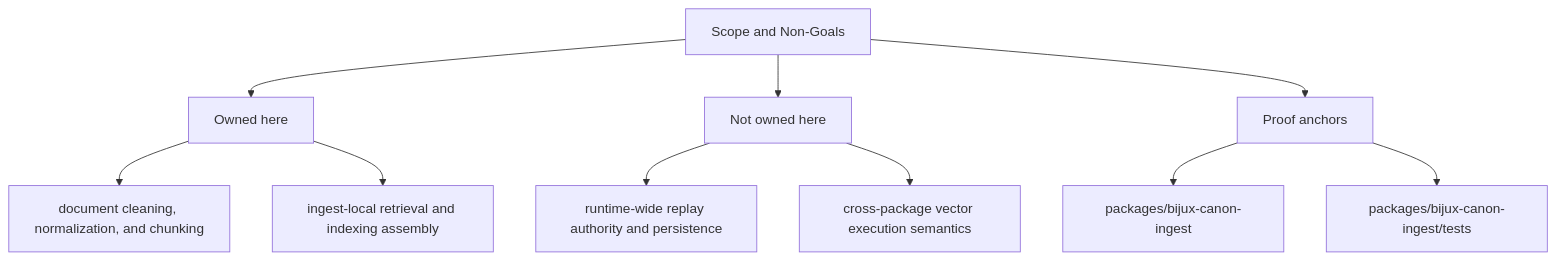
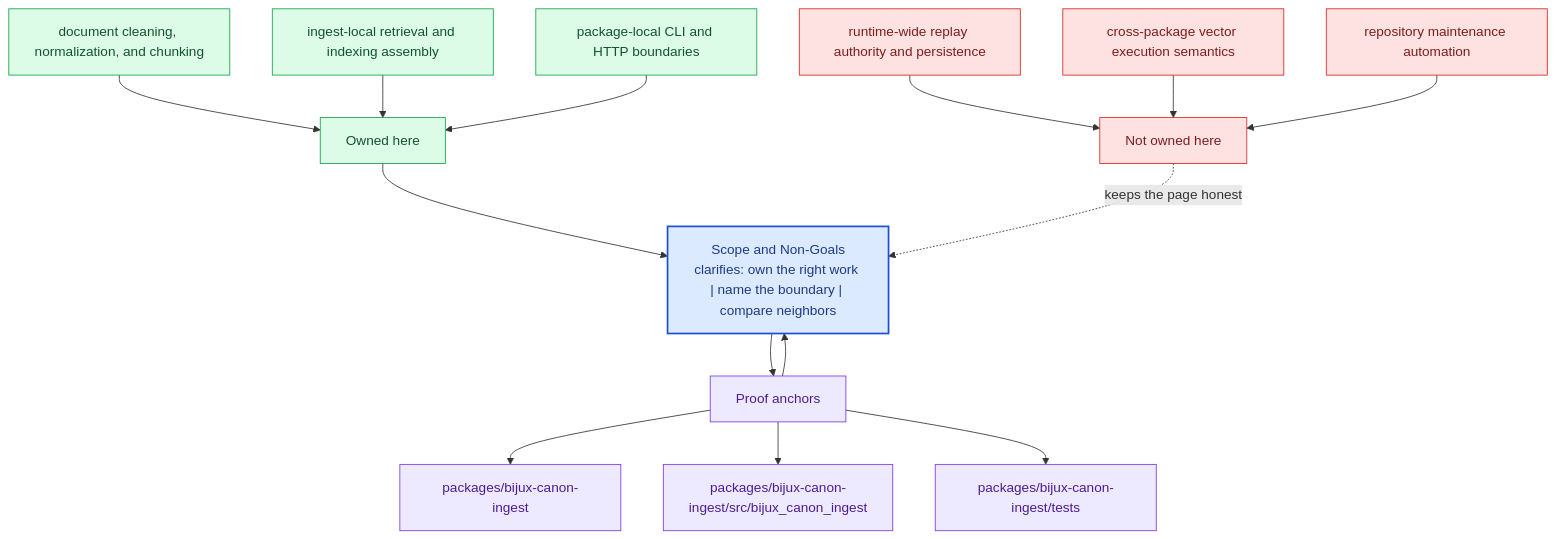
One commit to bijux/bijux-canon changed the second of 2 diagrams in docs/bijux-canon-ingest/foundation/scope-and-non-goals.md. Above: the diagram before and after it, drawn with Mermaid. The commit also changed other lines of this file and 281 other files, not shown here.

Commit message:
docs(diagrams): deepen handbook mermaid maps across the catalog

````diff
--- a/docs/bijux-canon-ingest/foundation/scope-and-non-goals.md
+++ b/docs/bijux-canon-ingest/foundation/scope-and-non-goals.md
@@ -36,22 +69,40 @@
 ```mermaid
-flowchart TD
-    page["Scope and Non-Goals"]
+flowchart TB
+    promise["Scope and Non-Goals<br/>clarifies: own the right work | name the boundary | compare neighbors"]
+    classDef promise fill:#dbeafe,stroke:#1d4ed8,color:#1e3a8a,stroke-width:2px;
+    classDef driver fill:#dcfce7,stroke:#16a34a,color:#14532d;
+    classDef constraint fill:#fee2e2,stroke:#dc2626,color:#7f1d1d;
+    classDef ground fill:#ede9fe,stroke:#7c3aed,color:#4c1d95;
     focus1["Owned here"]
-    page --> focus1
+    focus1 --> promise
     focus1_1["document cleaning, normalization, and chunking"]
-    focus1 --> focus1_1
+    focus1_1 --> focus1
     focus1_2["ingest-local retrieval and indexing assembly"]
-    focus1 --> focus1_2
+    focus1_2 --> focus1
+    focus1_3["package-local CLI and HTTP boundaries"]
+    focus1_3 --> focus1
+    class focus1 driver;
+    class focus1_1,focus1_2,focus1_3 driver;
     focus2["Not owned here"]
-    page --> focus2
+    focus2 -.keeps the page honest.-> promise
     focus2_1["runtime-wide replay authority and persistence"]
-    focus2 --> focus2_1
+    focus2_1 --> focus2
     focus2_2["cross-package vector execution semantics"]
-    focus2 --> focus2_2
+    focus2_2 --> focus2
+    focus2_3["repository maintenance automation"]
+    focus2_3 --> focus2
+    class focus2 constraint;
+    class focus2_1,focus2_2,focus2_3 constraint;
     focus3["Proof anchors"]
-    page --> focus3
+    focus3 --> promise
+    promise --> focus3
     focus3_1["packages/bijux-canon-ingest"]
     focus3 --> focus3_1
-    focus3_2["packages/bijux-canon-ingest/tests"]
+    focus3_2["packages/bijux-canon-ingest/src/bijux_canon_ingest"]
     focus3 --> focus3_2
+    focus3_3["packages/bijux-canon-ingest/tests"]
+    focus3 --> focus3_3
+    class focus3 ground;
+    class focus3_1,focus3_2,focus3_3 ground;
+    class promise promise;
 ```
````
